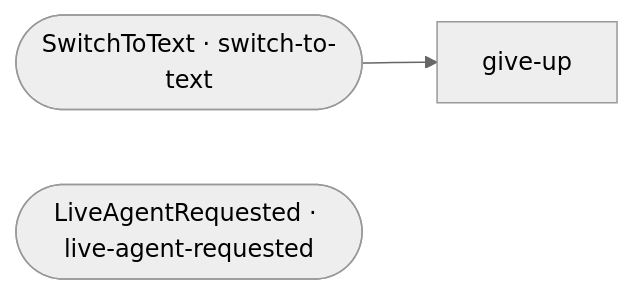
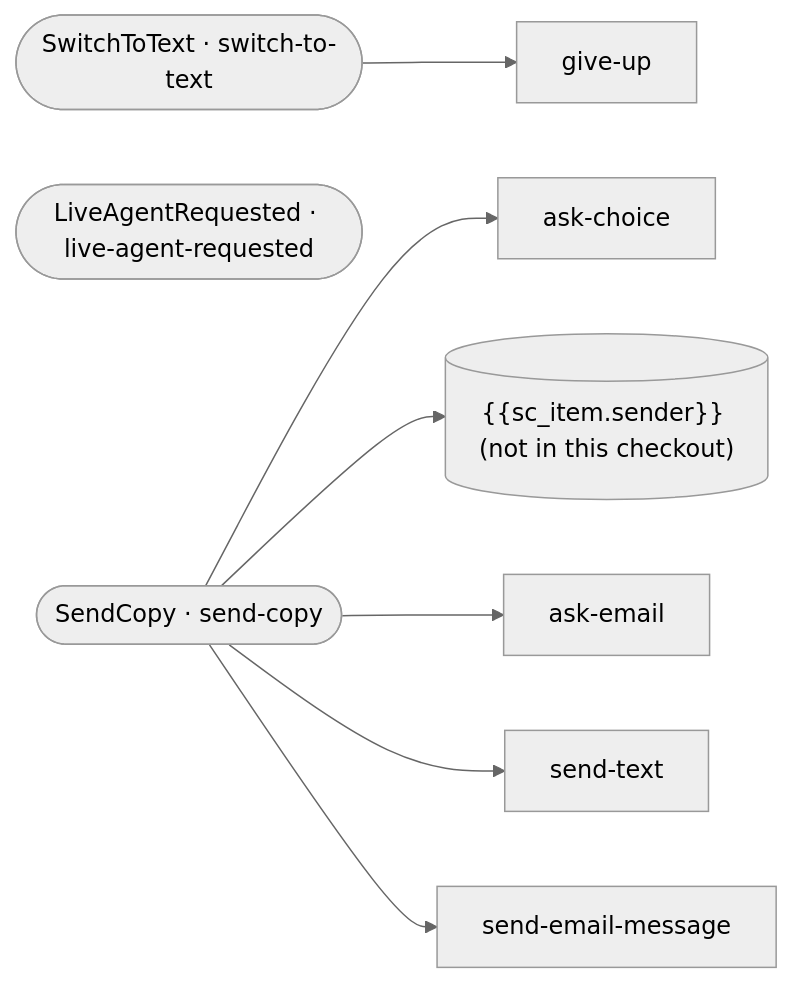
The diagram in docs/flows/system/README.md (ronpinkas/jsfe), drawn with Mermaid (neutral theme) before and after one commit. The commit also changed other lines of this file and 7 other files, not shown here.

Commit message:
jsfe flows: reference copy of the prod shared sets from AIDevelopment cb7c9b7

````diff
--- a/docs/flows/system/README.md
+++ b/docs/flows/system/README.md
@@ -6,6 +6,12 @@
 ```mermaid
 flowchart LR
    switch_to_text(["SwitchToText · switch-to-text"])
    switch_to_text --> give_up["give-up"]
    live_agent_requested(["LiveAgentRequested · live-agent-requested"])
+   send_copy(["SendCopy · send-copy"])
+   send_copy --> ask_choice["ask-choice"]
+   send_copy --> x__sc_item_sender_[("#123;#123;sc_item.sender#125;#125; (not in this checkout)")]
+   send_copy --> ask_email["ask-email"]
+   send_copy --> send_text["send-text"]
+   send_copy --> send_email_message["send-email-message"]
 ```
````
